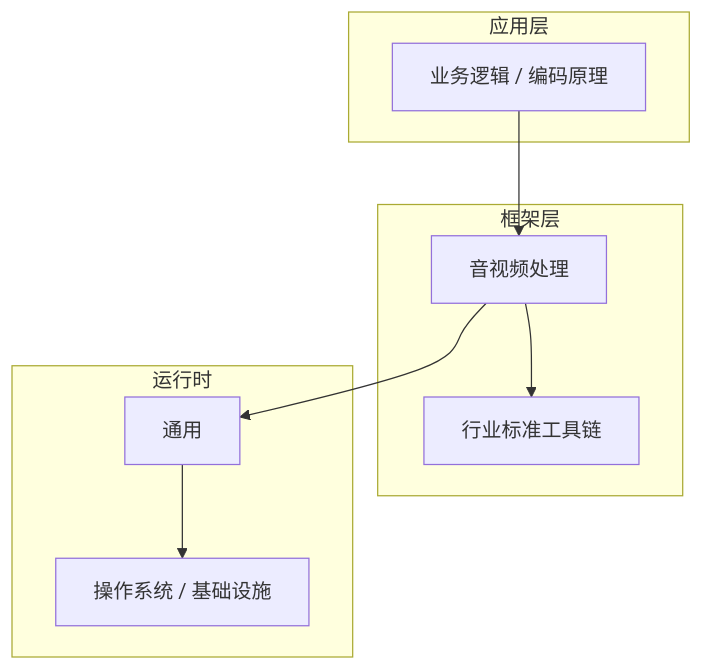
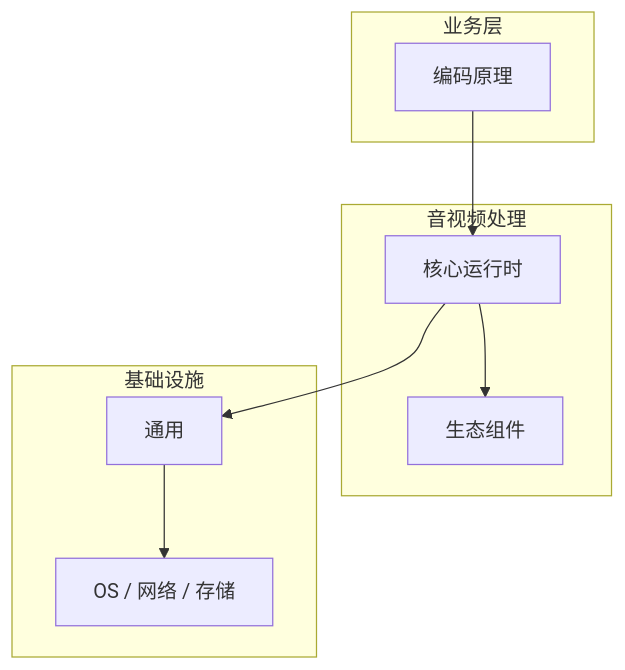
The diagram in articles/音视频处理/chapters/016-编码原理核心概念与原理.md (yanggan2015/knowledge-json-v2), drawn with Mermaid before and after one commit. The commit also changed other lines of this file and 10127 other files, not shown here.

````diff
--- a/articles/音视频处理/chapters/016-编码原理核心概念与原理.md
+++ b/articles/音视频处理/chapters/016-编码原理核心概念与原理.md
@@ -45,18 +30,18 @@
 ```mermaid
 graph TB
-    subgraph 应用层
-        A[业务逻辑 / 编码原理]
+    subgraph 业务层
+        A[编码原理]
     end
-    subgraph 框架层
-        B[音视频处理]
-        C[行业标准工具链]
+    subgraph 音视频处理
+        B[核心运行时]
+        C[生态组件]
     end
-    subgraph 运行时
+    subgraph 基础设施
         D[通用]
-        E[操作系统 / 基础设施]
+        E[OS / 网络 / 存储]
     end
     A --> B
     B --> C
     B --> D
     D --> E
 ```
````
